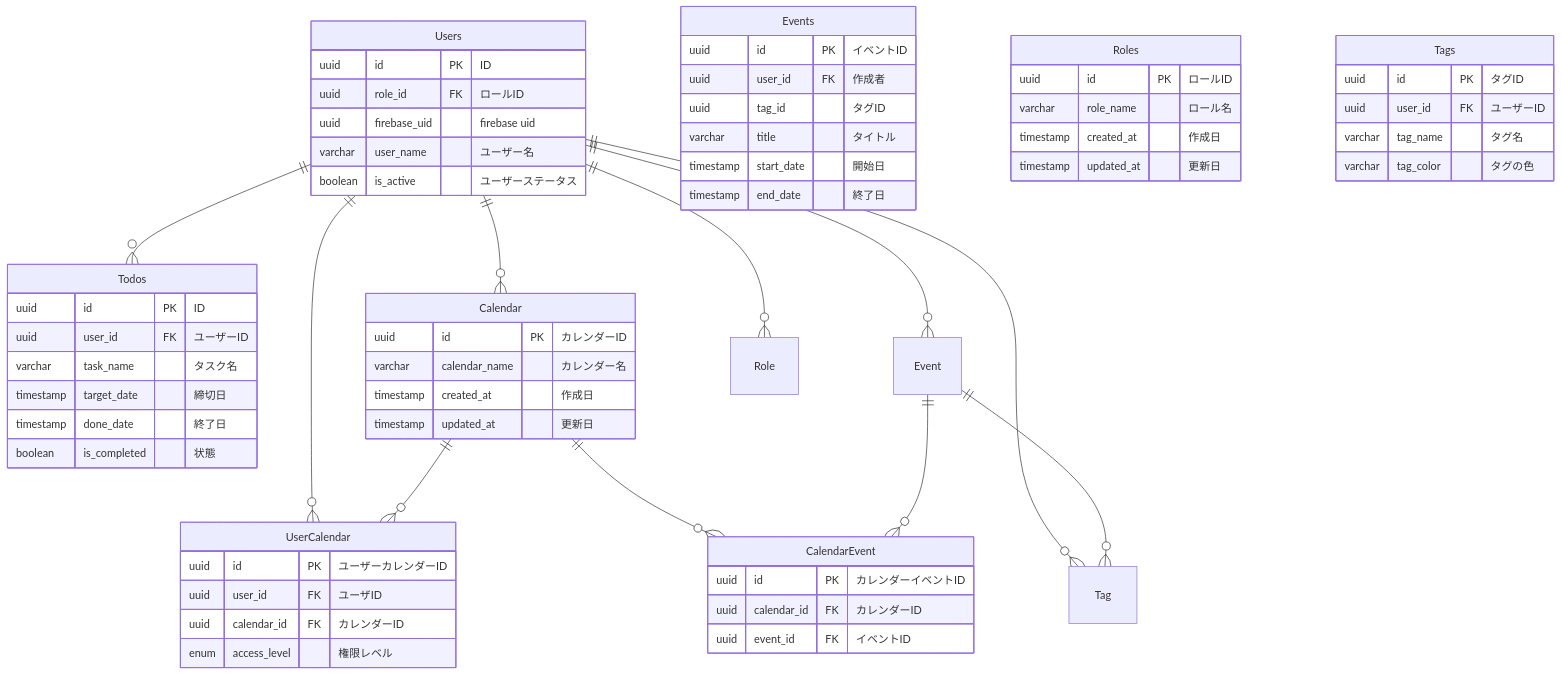
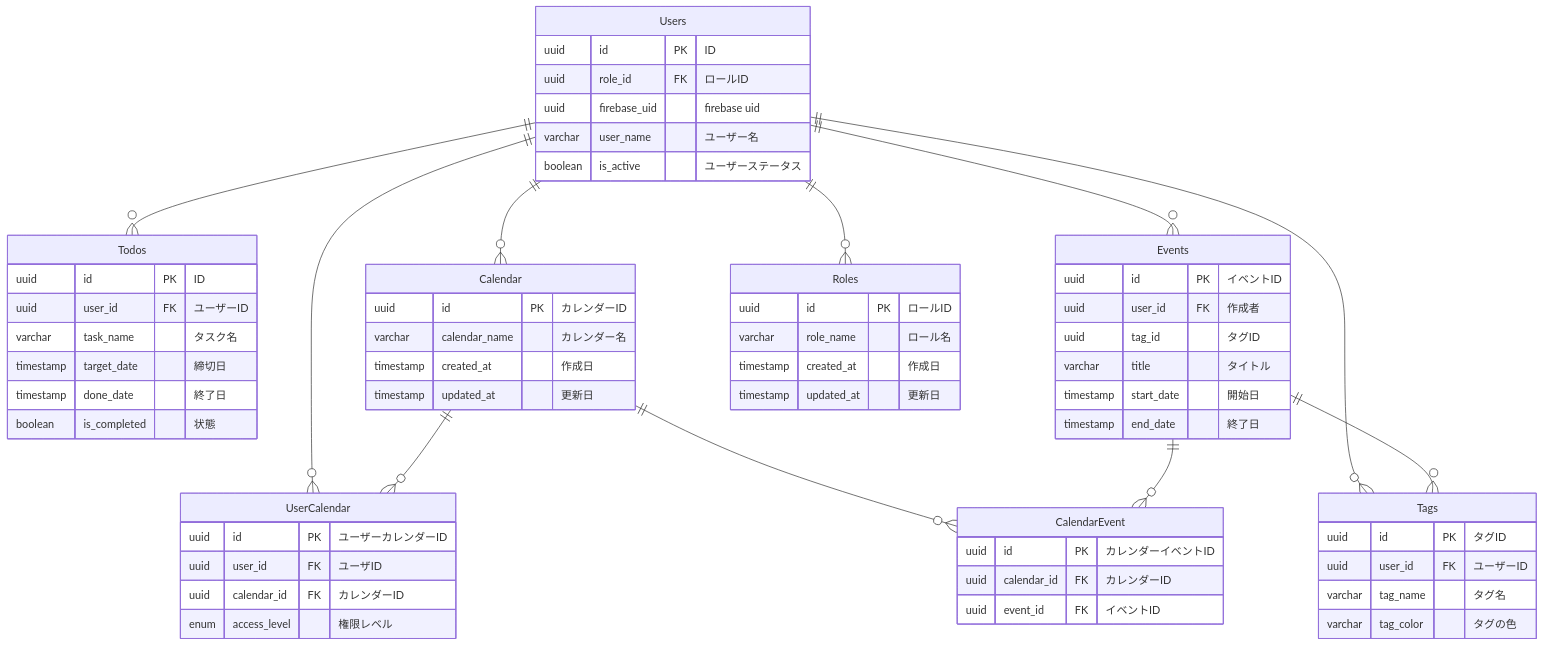
One commit to km1110/task-copilot-server changed the diagram in docs/db.md. Above: the diagram before and after it, drawn with Mermaid.

Commit message:
docs: :memo: Fix typo in table name

````diff
--- a/docs/db.md
+++ b/docs/db.md
@@ -3,80 +3,80 @@
 ```mermaid
 ---
 title: ""
 ---
 erDiagram
     Users ||--o{ Todos  : ""
     Users ||--o{ Calendar  : ""
-    Users ||--o{ Event  : ""
-    Users ||--o{ Role  : ""
-    Users ||--o{ Tag  : ""
+    Users ||--o{ Events  : ""
+    Users ||--o{ Roles  : ""
+    Users ||--o{ Tags  : ""
     Users ||--o{ UserCalendar  : ""
 
     Calendar ||--o{ UserCalendar : ""
     Calendar ||--o{ CalendarEvent : ""
 
-    Event ||--o{ Tag : ""
-    Event ||--o{ CalendarEvent : ""
+    Events ||--o{ Tags : ""
+    Events ||--o{ CalendarEvent : ""
 
 
     Users {
       uuid id PK "ID"
       uuid role_id FK "ロールID"
       uuid firebase_uid "firebase uid"
       varchar user_name "ユーザー名"
       boolean is_active "ユーザーステータス"
     }
 
     Todos {
       uuid id PK "ID"
       uuid user_id FK "ユーザーID"
       varchar task_name "タスク名"
       timestamp target_date "締切日"
       timestamp done_date "終了日"
       boolean is_completed "状態"
     }
 
     Calendar {
       uuid id PK "カレンダーID"
       varchar calendar_name "カレンダー名"
       timestamp created_at "作成日"
       timestamp updated_at "更新日"
     }
 
     Events {
       uuid id PK "イベントID"
       uuid user_id FK "作成者"
       uuid tag_id "タグID"
       varchar title "タイトル"
       timestamp start_date "開始日"
       timestamp end_date "終了日"
     }
 
     Roles {
       uuid id PK "ロールID"
       varchar role_name "ロール名"
       timestamp created_at "作成日"
       timestamp updated_at "更新日"
     }
 
     Tags {
       uuid id PK "タグID"
       uuid user_id FK "ユーザーID"
       varchar tag_name "タグ名"
       varchar tag_color "タグの色"
     }
 
     UserCalendar {
       uuid id PK "ユーザーカレンダーID"
       uuid user_id FK "ユーザID"
       uuid calendar_id FK "カレンダーID"
       enum access_level "権限レベル"
     }
 
     CalendarEvent {
       uuid id PK "カレンダーイベントID"
       uuid calendar_id FK "カレンダーID"
       uuid event_id FK "イベントID"
     }
 
 ```
````
